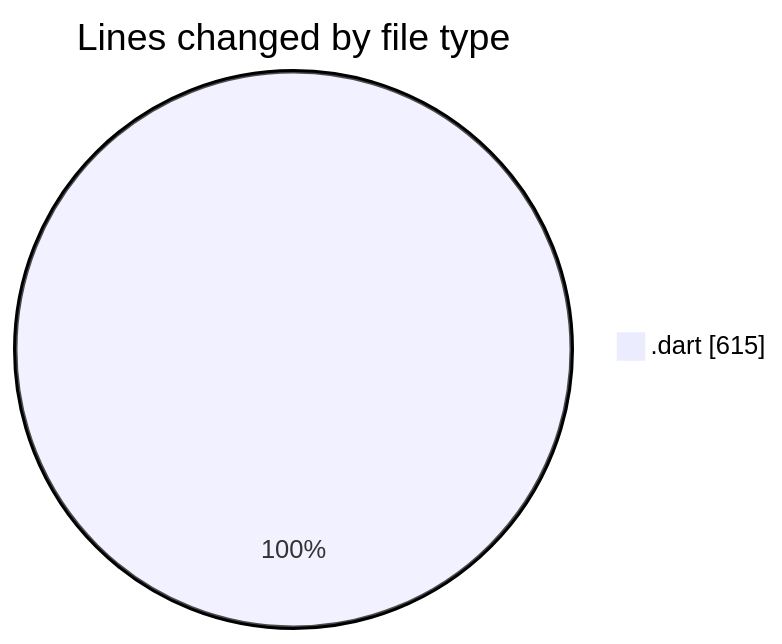
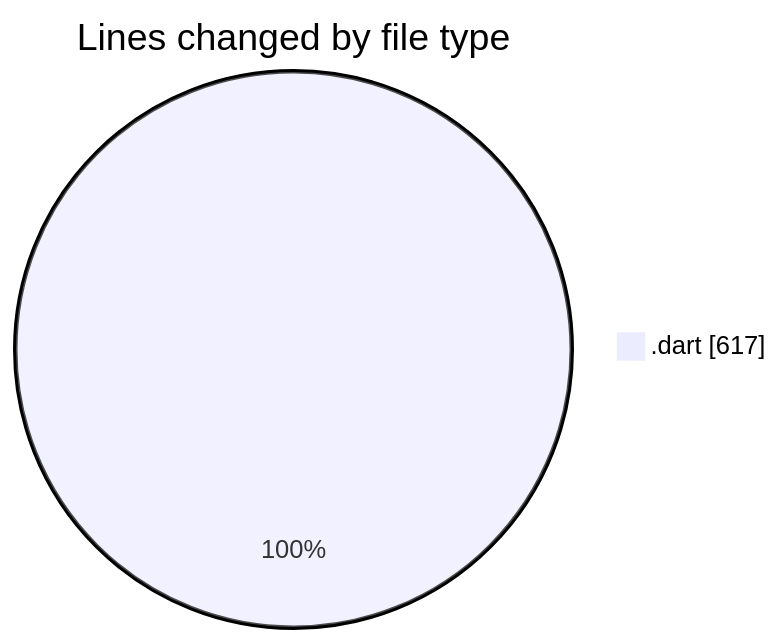
The first of 2 diagrams in 2025-01-14/trackers_app/README.md (donsfak/code-tracking), drawn with Mermaid before and after one commit. The commit also changed other lines of this file and 1 other file, not shown here.

````diff
--- a/2025-01-14/trackers_app/README.md
+++ b/2025-01-14/trackers_app/README.md
@@ -28,5 +28,5 @@
 ```mermaid
 pie showData
 title Lines changed by file type
-".dart" : 615
+".dart" : 617
 ```
````
